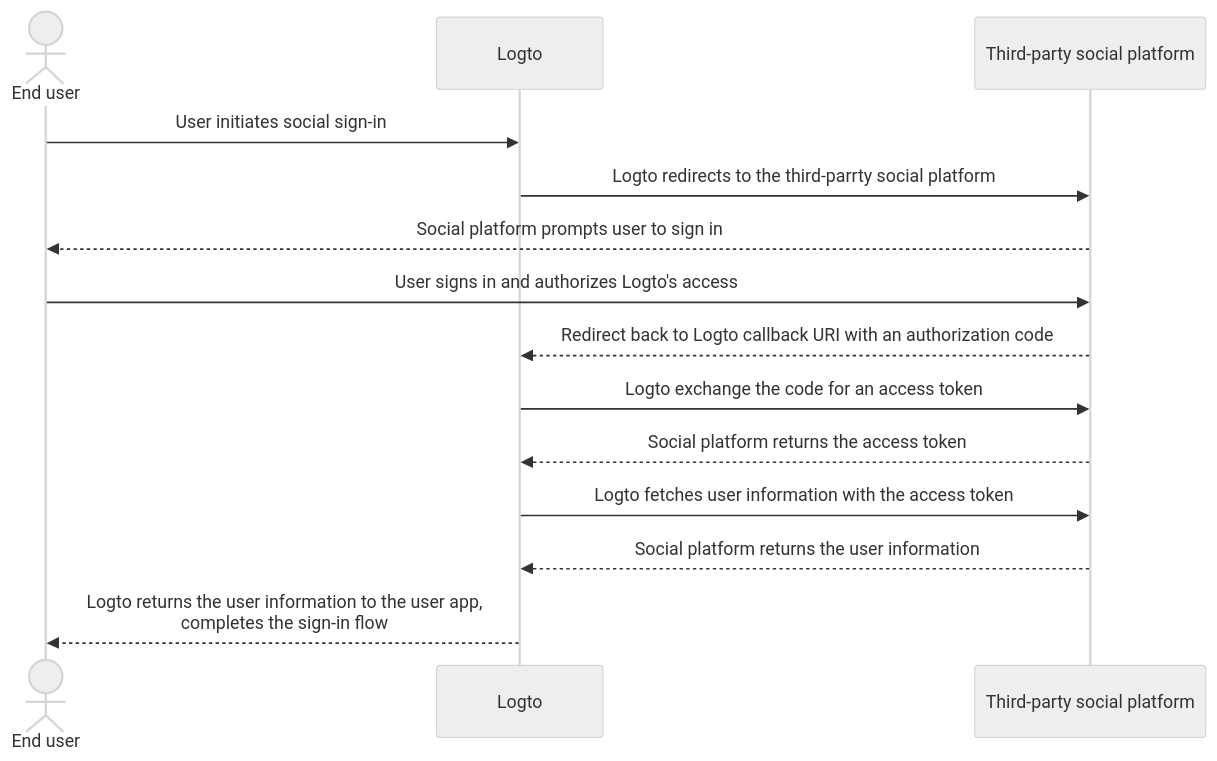
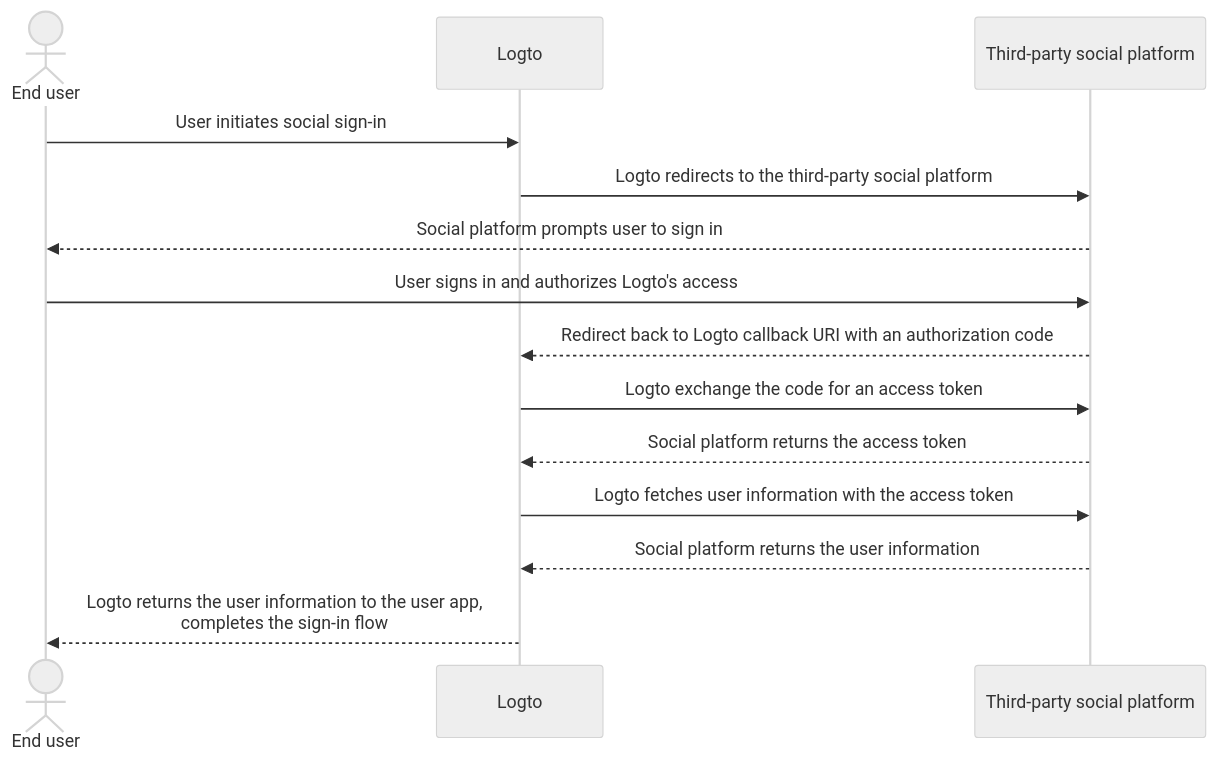
One commit to logto-io/docs changed the diagram in docs/logto-oss/develop-your-connector/implement-connectors.mdx. Above: the diagram before and after it, drawn with Mermaid (neutral theme). The commit also changed 7 other files, not shown here.

````diff
--- a/docs/logto-oss/develop-your-connector/implement-connectors.mdx
+++ b/docs/logto-oss/develop-your-connector/implement-connectors.mdx
@@ -28,17 +28,17 @@
 ```mermaid
 sequenceDiagram
 	actor user as End user
 	participant logto as Logto
 	participant platform as Third-party social platform
 
 	user ->> logto: User initiates social sign-in
-	logto ->> platform: Logto redirects to the third-parrty social platform
+	logto ->> platform: Logto redirects to the third-party social platform
 	platform -->> user: Social platform prompts user to sign in
 	user ->> platform: User signs in and authorizes Logto's access
 	platform -->> logto: Redirect back to Logto callback URI with an authorization code
 	logto ->> platform: Logto exchange the code for an access token
 	platform -->> logto: Social platform returns the access token
 	logto ->> platform: Logto fetches user information with the access token
 	platform -->> logto: Social platform returns the user information
 	logto -->> user: Logto returns the user information to the user app, <br> completes the sign-in flow
 ```
````
